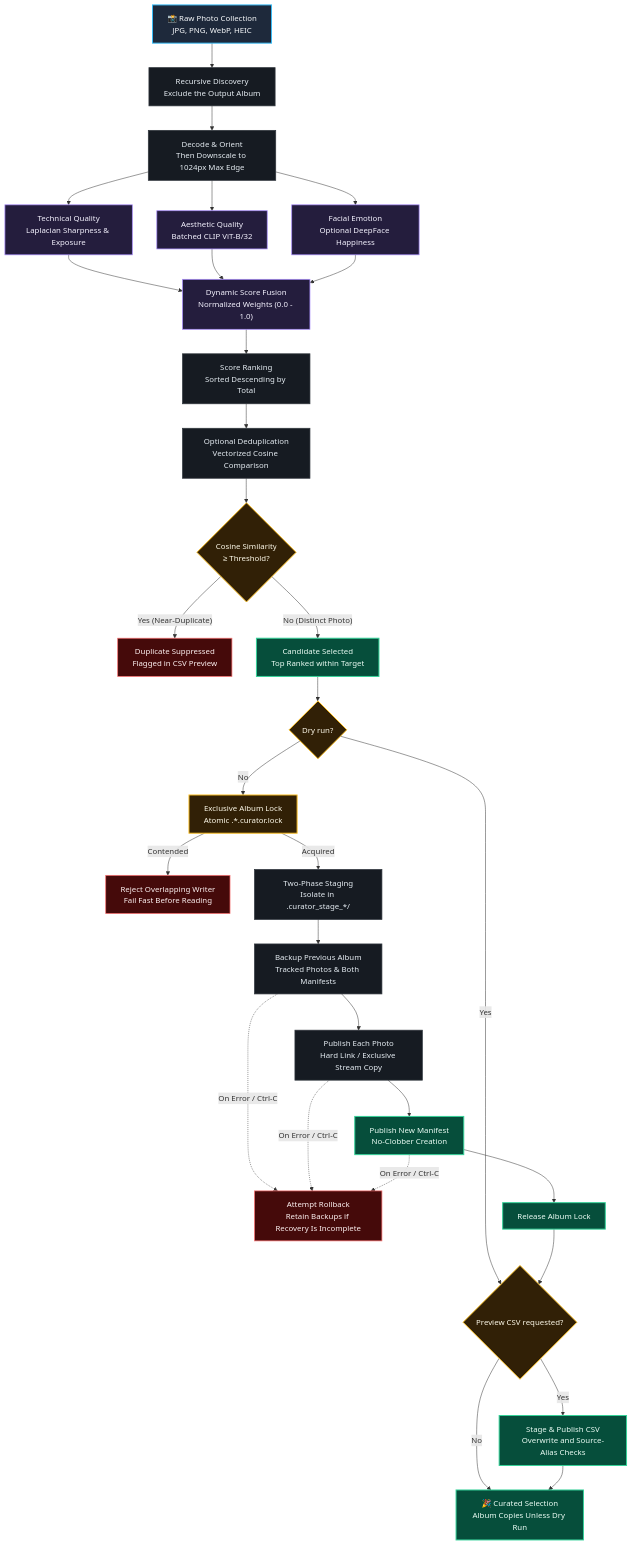
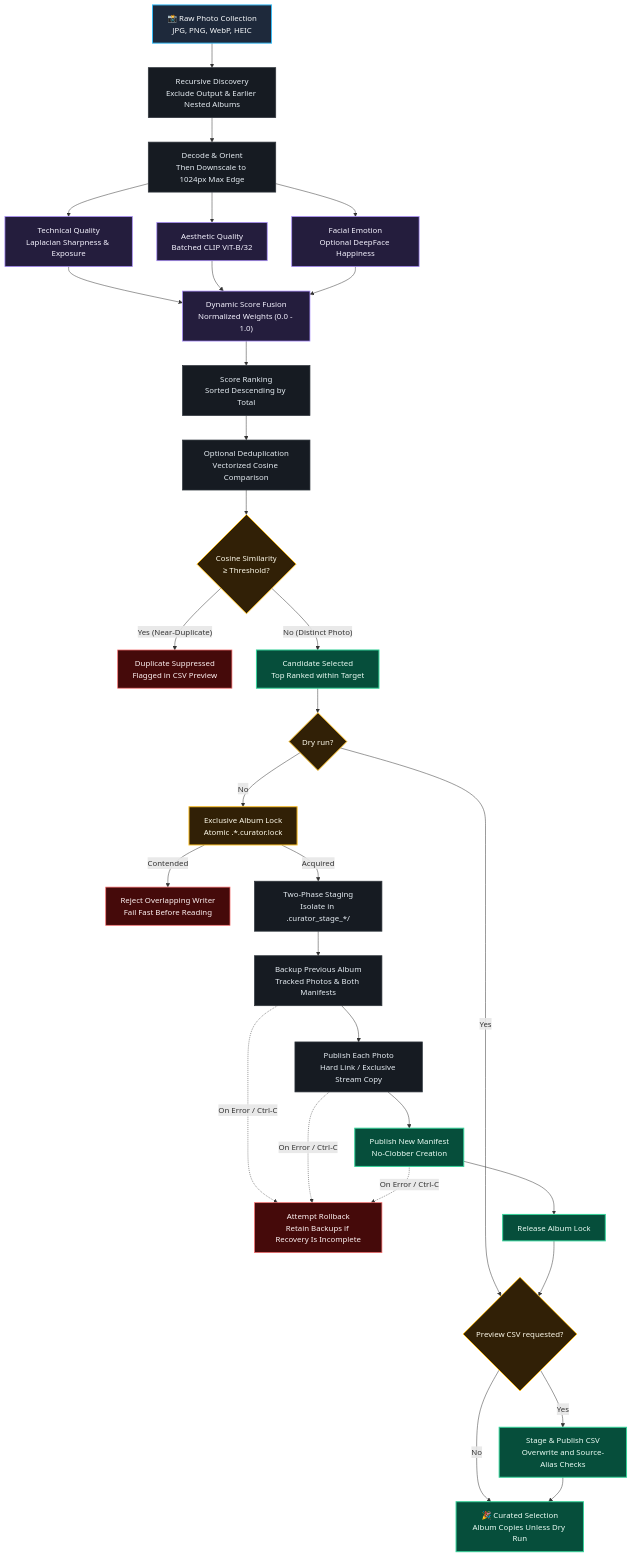
The diagram in README.md (bhargavkukadiya/ai-photo-curator), drawn with Mermaid before and after one commit. The commit also changed other lines of this file and 8 other files, not shown here.

````diff
--- a/README.md
+++ b/README.md
@@ -59,57 +59,57 @@
 ```mermaid
 flowchart TD
     %% Ingestion Stage
-    RAW["📸 Raw Photo Collection<br/>JPG, PNG, WebP, HEIC"] --> DISCOVERY["Recursive Discovery<br/>Exclude the Output Album"]
+    RAW["📸 Raw Photo Collection<br/>JPG, PNG, WebP, HEIC"] --> DISCOVERY["Recursive Discovery<br/>Exclude Output & Earlier Nested Albums"]
     DISCOVERY --> RESIZE["Decode & Orient<br/>Then Downscale to 1024px Max Edge"]
 
     %% Scoring Stage
     RESIZE --> TECH["Technical Quality<br/>Laplacian Sharpness & Exposure"]
     RESIZE --> AES["Aesthetic Quality<br/>Batched CLIP ViT-B/32"]
     RESIZE --> EMO["Facial Emotion<br/>Optional DeepFace Happiness"]
 
     TECH --> FUSION["Dynamic Score Fusion<br/>Normalized Weights (0.0 - 1.0)"]
     AES --> FUSION
     EMO --> FUSION
 
     %% Selection Stage
     FUSION --> RANK["Score Ranking<br/>Sorted Descending by Total"]
     RANK --> DEDUP["Optional Deduplication<br/>Vectorized Cosine Comparison"]
     DEDUP --> CHECK{"Cosine Similarity<br/>&ge; Threshold?"}
 
     CHECK -- "Yes (Near-Duplicate)" --> SUPPRESS["Duplicate Suppressed<br/>Flagged in CSV Preview"]
     CHECK -- "No (Distinct Photo)" --> SELECT["Candidate Selected<br/>Top Ranked within Target"]
 
     %% Storage Stage
     SELECT --> DRYRUN{"Dry run?"}
     DRYRUN -- "Yes" --> CSV
     DRYRUN -- "No" --> LOCK["Exclusive Album Lock<br/>Atomic .*.curator.lock"]
     LOCK -- "Contended" --> REJECT["Reject Overlapping Writer<br/>Fail Fast Before Reading"]
     LOCK -- "Acquired" --> STAGE["Two-Phase Staging<br/>Isolate in .curator_stage_*/"]
     STAGE --> BACKUP["Backup Previous Album<br/>Tracked Photos & Both Manifests"]
     BACKUP --> COMMIT["Publish Each Photo<br/>Hard Link / Exclusive Stream Copy"]
 
     COMMIT --> MANIFEST["Publish New Manifest<br/>No-Clobber Creation"]
     BACKUP -. "On Error / Ctrl-C" .-> ROLLBACK["Attempt Rollback<br/>Retain Backups if Recovery Is Incomplete"]
     COMMIT -. "On Error / Ctrl-C" .-> ROLLBACK
     MANIFEST -. "On Error / Ctrl-C" .-> ROLLBACK
 
     MANIFEST --> UNLOCK["Release Album Lock"]
     UNLOCK --> CSV{"Preview CSV requested?"}
     CSV -- "Yes" --> REPORT["Stage & Publish CSV<br/>Overwrite and Source-Alias Checks"]
     CSV -- "No" --> OUT["🎉 Curated Selection<br/>Album Copies Unless Dry Run"]
     REPORT --> OUT
 
     %% Modern Theme Styling
     classDef default fill:#161b22,stroke:#30363d,stroke-width:1.5px,color:#e6edf3;
     classDef source fill:#1e293b,stroke:#38bdf8,stroke-width:2px,color:#f8fafc;
     classDef scoring fill:#241d3d,stroke:#a78bfa,stroke-width:1.5px,color:#f5f3ff;
     classDef decision fill:#312006,stroke:#fbbf24,stroke-width:2px,color:#fffbeb;
     classDef success fill:#064e3b,stroke:#34d399,stroke-width:2px,color:#ecfdf5;
     classDef failure fill:#450a0a,stroke:#f87171,stroke-width:1.5px,color:#fef2f2;
 
     class RAW source;
     class TECH,AES,EMO,FUSION scoring;
     class CHECK,LOCK,DRYRUN,CSV decision;
     class SELECT,MANIFEST,UNLOCK,REPORT,OUT success;
     class SUPPRESS,REJECT,ROLLBACK failure;
 ```
````
